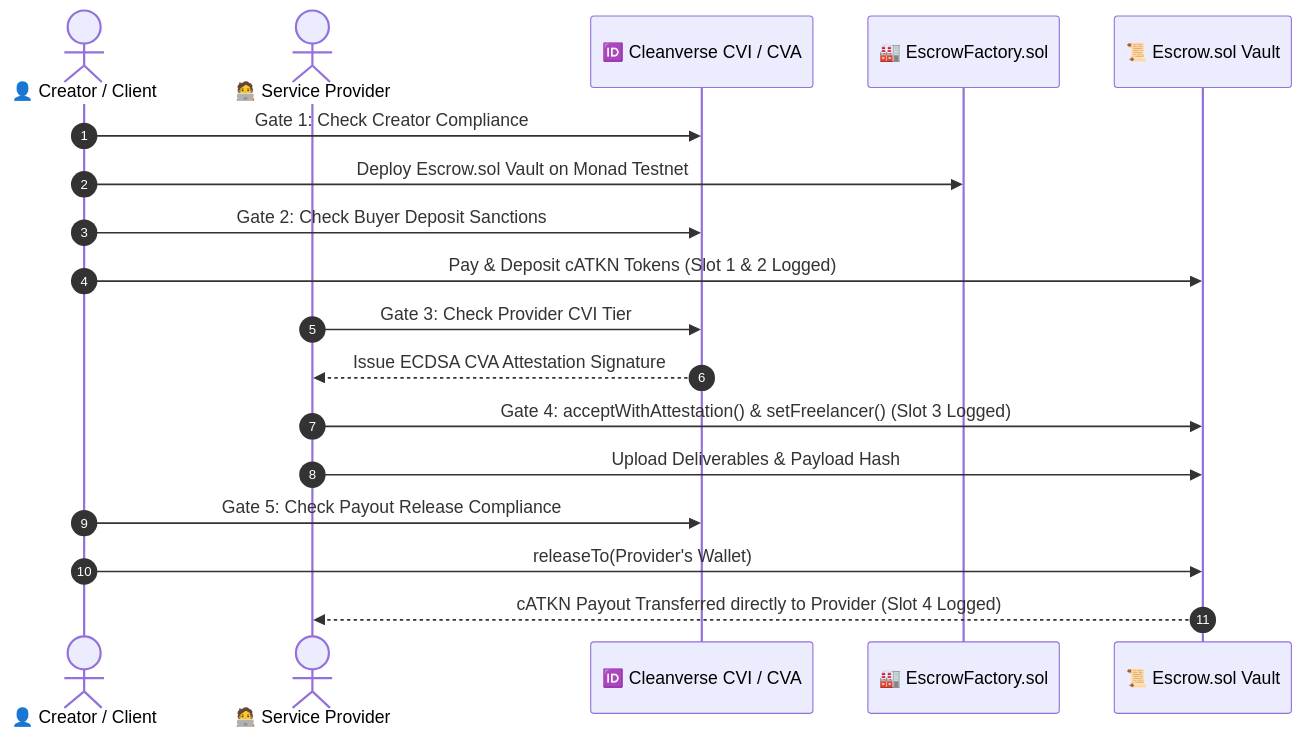
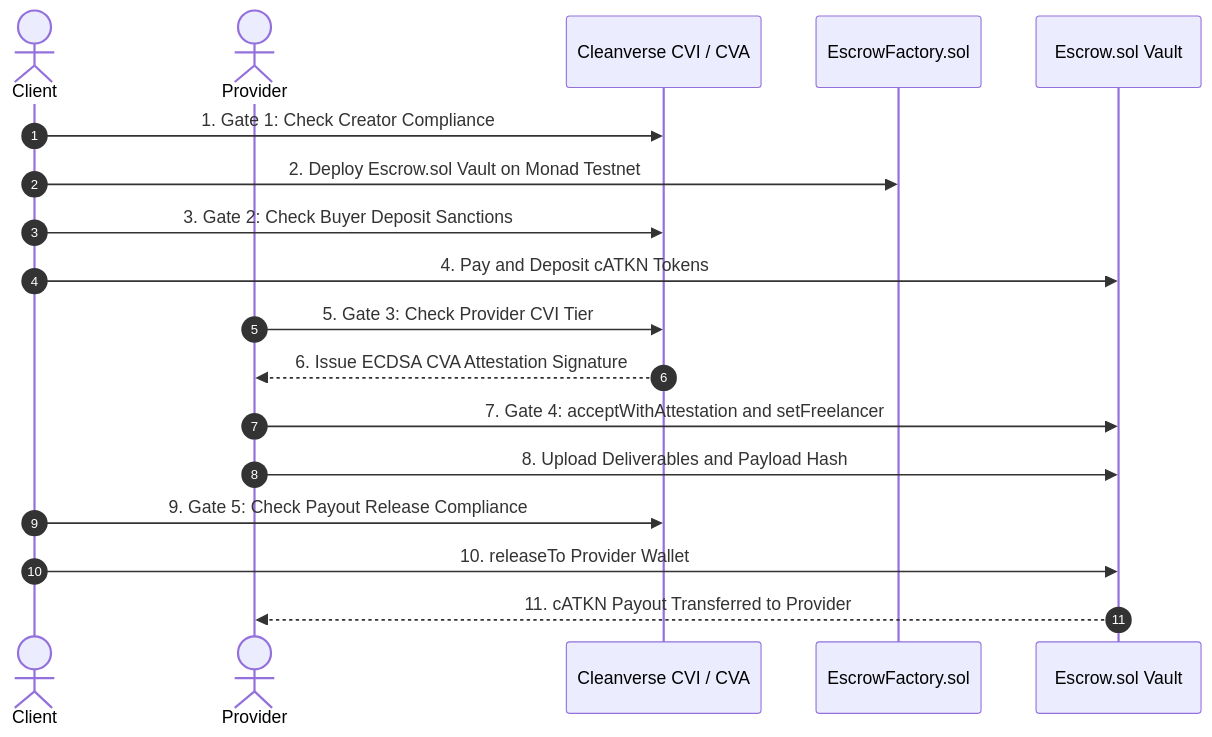
One commit to OpeyemiMoses/VERA changed the second of 2 diagrams in PROJECT_OVERVIEW.md. Above: the diagram before and after it, drawn with Mermaid. The commit also changed other lines of this file and 1 other file, not shown here.

Commit message:
fix(docs): Fix Mermaid diagram syntax across README.md and PROJECT_OVERVIEW.md to render 100% cleanly on GitHub without parse errors

````diff
--- a/PROJECT_OVERVIEW.md
+++ b/PROJECT_OVERVIEW.md
@@ -83,21 +83,21 @@
 ```mermaid
 sequenceDiagram
     autonumber
-    actor Creator as 👤 Creator / Client
-    actor Provider as 🧑‍💻 Service Provider
-    participant CVI as 🆔 Cleanverse CVI / CVA
-    participant Factory as 🏭 EscrowFactory.sol
-    participant Vault as 📜 Escrow.sol Vault
+    actor Creator as Client
+    actor Provider as Provider
+    participant CVI as Cleanverse CVI / CVA
+    participant Factory as EscrowFactory.sol
+    participant Vault as Escrow.sol Vault
 
-    Creator->>CVI: Gate 1: Check Creator Compliance
-    Creator->>Factory: Deploy Escrow.sol Vault on Monad Testnet
-    Creator->>CVI: Gate 2: Check Buyer Deposit Sanctions
-    Creator->>Vault: Pay & Deposit cATKN Tokens (Slot 1 & 2 Logged)
-    Provider->>CVI: Gate 3: Check Provider CVI Tier
-    CVI-->>Provider: Issue ECDSA CVA Attestation Signature
-    Provider->>Vault: Gate 4: acceptWithAttestation() & setFreelancer() (Slot 3 Logged)
-    Provider->>Vault: Upload Deliverables & Payload Hash
-    Creator->>CVI: Gate 5: Check Payout Release Compliance
-    Creator->>Vault: releaseTo(Provider's Wallet)
-    Vault-->>Provider: cATKN Payout Transferred directly to Provider (Slot 4 Logged)
+    Creator->>CVI: 1. Gate 1: Check Creator Compliance
+    Creator->>Factory: 2. Deploy Escrow.sol Vault on Monad Testnet
+    Creator->>CVI: 3. Gate 2: Check Buyer Deposit Sanctions
+    Creator->>Vault: 4. Pay and Deposit cATKN Tokens
+    Provider->>CVI: 5. Gate 3: Check Provider CVI Tier
+    CVI-->>Provider: 6. Issue ECDSA CVA Attestation Signature
+    Provider->>Vault: 7. Gate 4: acceptWithAttestation and setFreelancer
+    Provider->>Vault: 8. Upload Deliverables and Payload Hash
+    Creator->>CVI: 9. Gate 5: Check Payout Release Compliance
+    Creator->>Vault: 10. releaseTo Provider Wallet
+    Vault-->>Provider: 11. cATKN Payout Transferred to Provider
 ```
````
